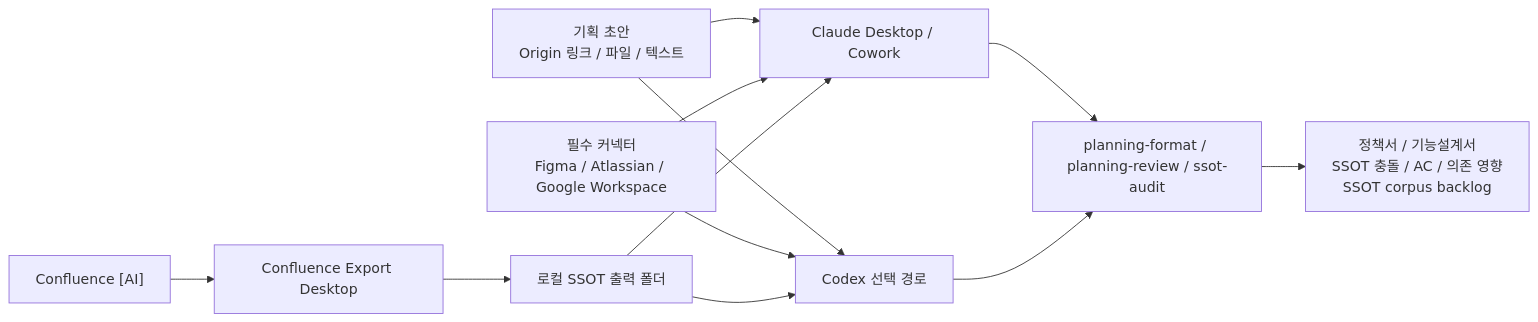
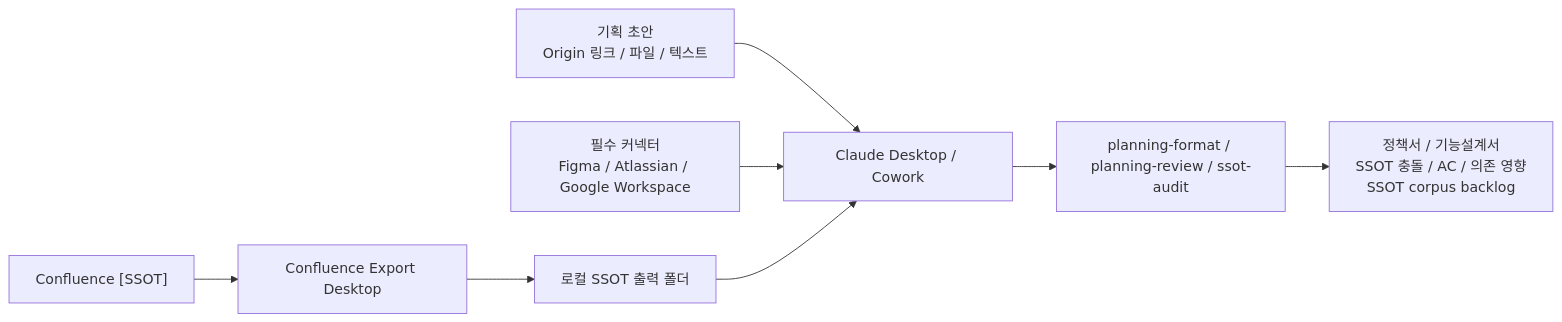
One commit to inkwonjung-colosseum/plugins changed the diagram in planning-kit/docs/planning-kit-install-guide-windows.md. Above: the diagram before and after it, drawn with Mermaid. The commit also changed other lines of this file and 30 other files, not shown here.

````diff
--- a/planning-kit/docs/planning-kit-install-guide-windows.md
+++ b/planning-kit/docs/planning-kit-install-guide-windows.md
@@ -29,16 +29,12 @@
 ```mermaid
 flowchart LR
-  A["Confluence [AI]"] --> B["Confluence Export Desktop"]
+  A["Confluence [SSOT]"] --> B["Confluence Export Desktop"]
   B --> C["로컬 SSOT 출력 폴더"]
 
   D["기획 초안<br/>Origin 링크 / 파일 / 텍스트"] --> E["Claude Desktop / Cowork"]
-  D --> J["Codex 선택 경로"]
   K["필수 커넥터<br/>Figma / Atlassian / Google Workspace"] --> E
-  K --> J
   C --> E
-  C --> J
 
   E --> F["planning-format / planning-review / ssot-audit"]
-  J --> F
   F --> G["정책서 / 기능설계서<br/>SSOT 충돌 / AC / 의존 영향<br/>SSOT corpus backlog"]
 ```
````
